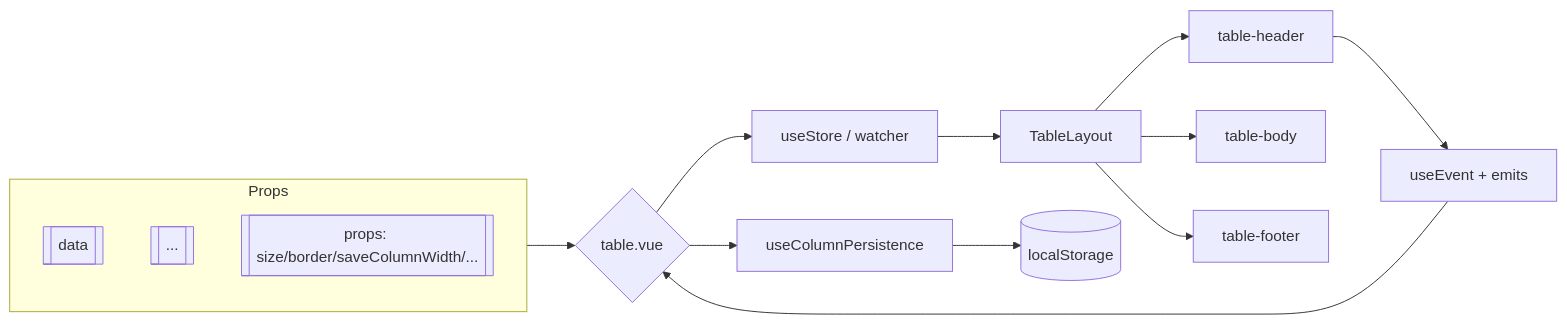
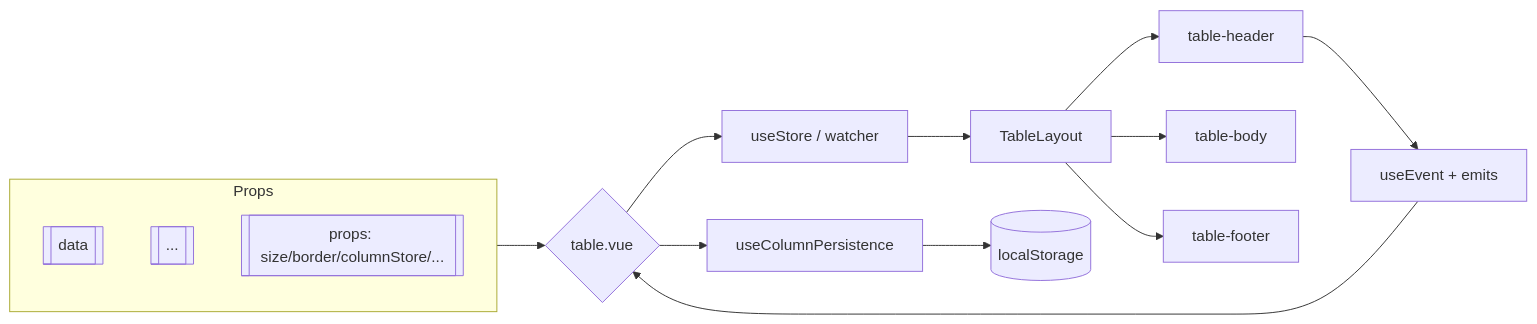
Before and after one commit to HyramTang/element-plus: the diagram in packages/components/table/README.md, drawn with Mermaid. The commit also changed other lines of this file and 7 other files, not shown here.

````diff
--- a/packages/components/table/README.md
+++ b/packages/components/table/README.md
@@ -27,19 +27,19 @@
 ```mermaid
 flowchart LR
   subgraph Props
     data[[data]]
     columns[[<el-table-column>...]]
-    options[[props: size/border/saveColumnWidth/...]]
+    options[[props: size/border/columnStore/...]]
   end
 
   Props --> TableVue{table.vue}
   TableVue --> Store[useStore / watcher]
   Store --> Layout[TableLayout]
   Layout --> Header[table-header]
   Layout --> Body[table-body]
   Layout --> Footer[table-footer]
   Header --> Events[useEvent + emits]
   Events --> TableVue
   TableVue --> ColumnPersistence[useColumnPersistence]
   ColumnPersistence --> LocalStorage[(localStorage)]
 ```
````
